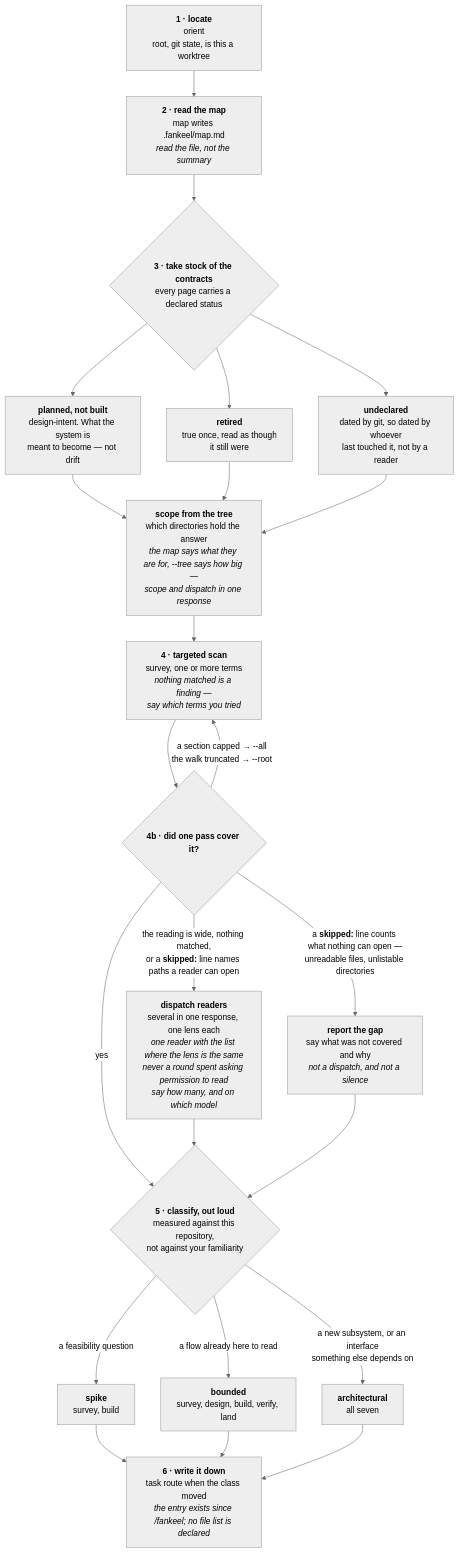
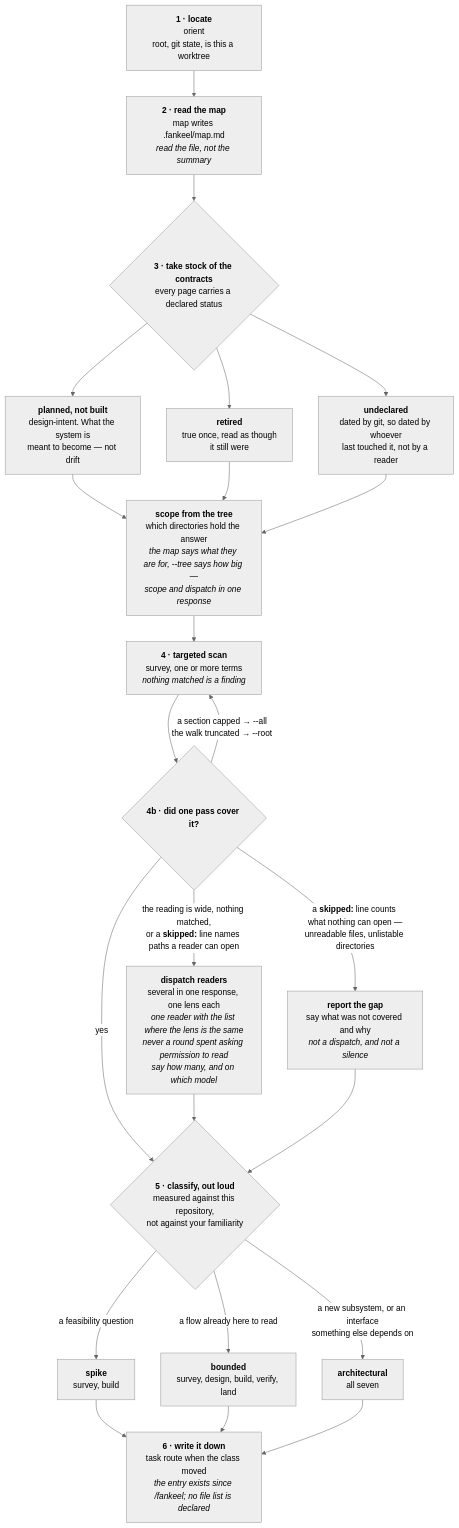
Before and after one commit to FanFantom9452/FanKeel: the first of 8 diagrams in docs/pipeline.md, drawn with Mermaid (neutral theme). The commit also changed other lines of this file and 5 other files, not shown here.

````diff
--- a/docs/pipeline.md
+++ b/docs/pipeline.md
@@ -337,41 +364,41 @@
 ```mermaid
 flowchart TD
     A["<b>1 · locate</b><br/>orient<br/>root, git state, is this a worktree"]
     B["<b>2 · read the map</b><br/>map writes .fankeel/map.md<br/><i>read the file, not the summary</i>"]
     C{"<b>3 · take stock of the contracts</b><br/>every page carries a declared status"}
     C1["<b>planned, not built</b><br/>design-intent. What the system is<br/>meant to become — not drift"]
     C2["<b>retired</b><br/>true once, read as though<br/>it still were"]
     C3["<b>undeclared</b><br/>dated by git, so dated by whoever<br/>last touched it, not by a reader"]
     D0["<b>scope from the tree</b><br/>which directories hold the answer<br/><i>the map says what they are for, --tree says how big —<br/>scope and dispatch in one response</i>"]
-    D["<b>4 · targeted scan</b><br/>survey, one or more terms<br/><i>nothing matched is a finding —<br/>say which terms you tried</i>"]
+    D["<b>4 · targeted scan</b><br/>survey, one or more terms<br/><i>nothing matched is a finding</i>"]
     D2{"<b>4b · did one pass cover it?</b>"}
     D4["<b>report the gap</b><br/>say what was not covered and why<br/><i>not a dispatch, and not a silence</i>"]
     D3["<b>dispatch readers</b><br/>several in one response, one lens each<br/><i>one reader with the list where the lens is the same</i><br/><i>never a round spent asking permission to read</i><br/><i>say how many, and on which model</i>"]
     E{"<b>5 · classify, out loud</b><br/>measured against this repository,<br/>not against your familiarity"}
     E1["<b>spike</b><br/>survey, build"]
     E2["<b>bounded</b><br/>survey, design, build, verify, land"]
     E3["<b>architectural</b><br/>all seven"]
     F["<b>6 · write it down</b><br/>task route when the class moved<br/><i>the entry exists since /fankeel; no file list is declared</i>"]
 
     A --> B --> C
     C --> C1
     C --> C2
     C --> C3
     C1 --> D0
     C2 --> D0
     C3 --> D0
     D0 --> D
     D --> D2
     D2 -- "a section capped → --all<br/>the walk truncated → --root" --> D
     D2 -- "the reading is wide, nothing matched,<br/>or a <b>skipped:</b> line names paths a reader can open" --> D3
     D2 -- "a <b>skipped:</b> line counts what nothing can open —<br/>unreadable files, unlistable directories" --> D4
     D2 -- yes --> E
     D3 --> E
     D4 --> E
     E -- "a feasibility question" --> E1
     E -- "a flow already here to read" --> E2
     E -- "a new subsystem, or an interface<br/>something else depends on" --> E3
     E1 --> F
     E2 --> F
     E3 --> F
 ```
````
